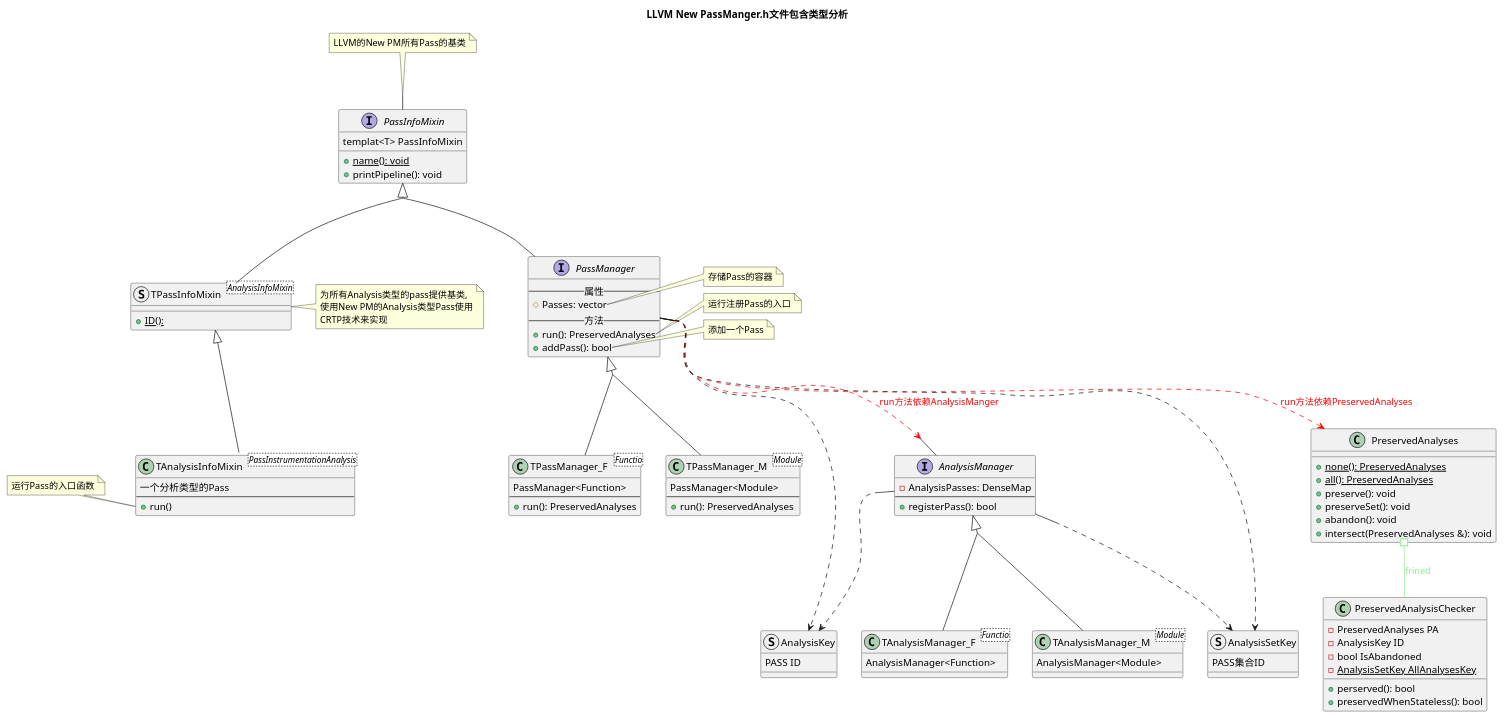
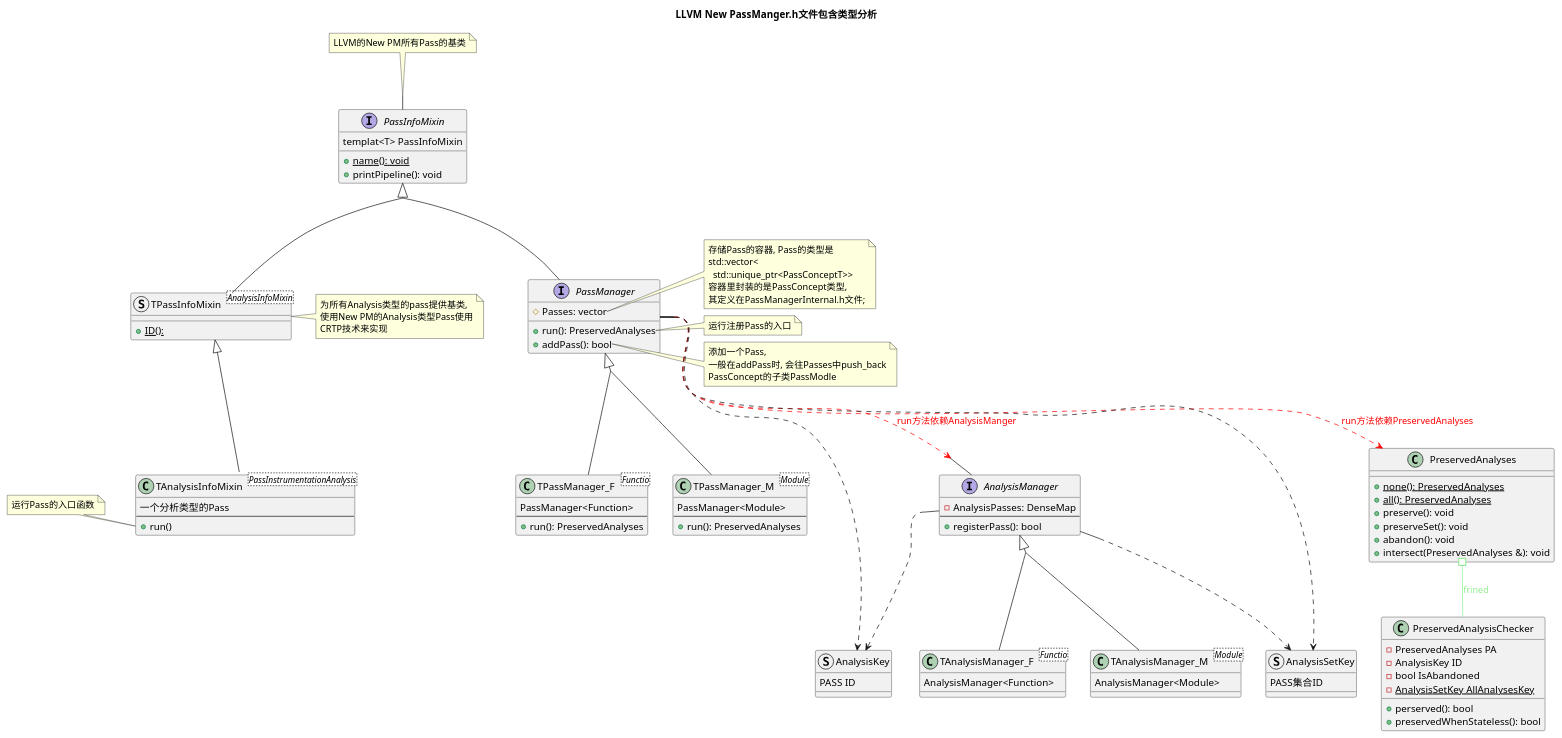
The diagram in chapter_2/plantuml/new_pm/PassManager.wsd (Jayson-du/ZPU_summary), drawn with PlantUML before and after one commit. The commit also changed 1 other file, not shown here.

```diff
--- a/chapter_2/plantuml/new_pm/PassManager.wsd
+++ b/chapter_2/plantuml/new_pm/PassManager.wsd
@@ -109,15 +109,17 @@
 
   together {
     Interface PassManager {
-    --属性--
       # Passes: vector
-    --方法--
       + run(): PreservedAnalyses
       + addPass(): bool
     }
 
     note right of PassManager::Passes
-      存储Pass的容器
+      存储Pass的容器, Pass的类型是
+      std::vector<
+        std::unique_ptr<PassConceptT>>
+      容器里封装的是PassConcept类型,
+      其定义在PassManagerInternal.h文件;
     end note
 
     note right of PassManager::run
@@ -125,7 +127,9 @@
     end note
 
     note right of PassManager::addPass
-      添加一个Pass
+      添加一个Pass,
+      一般在addPass时, 会往Passes中push_back
+      PassConcept的子类PassModle
     end note
 
     class TPassManager_F<Functio> {
```
